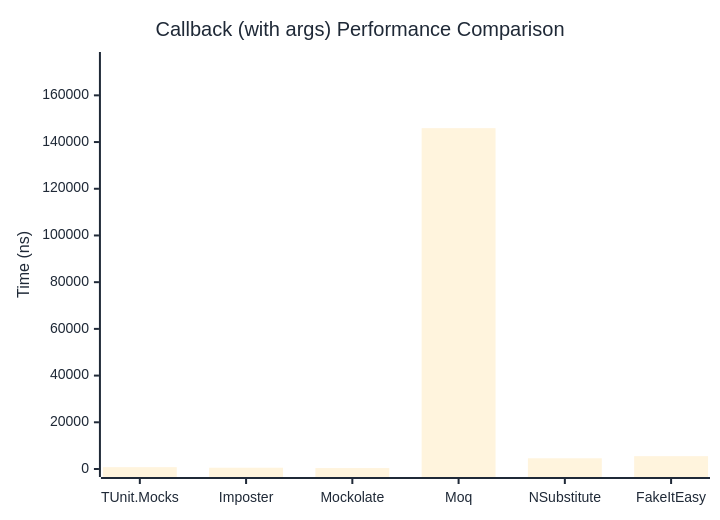
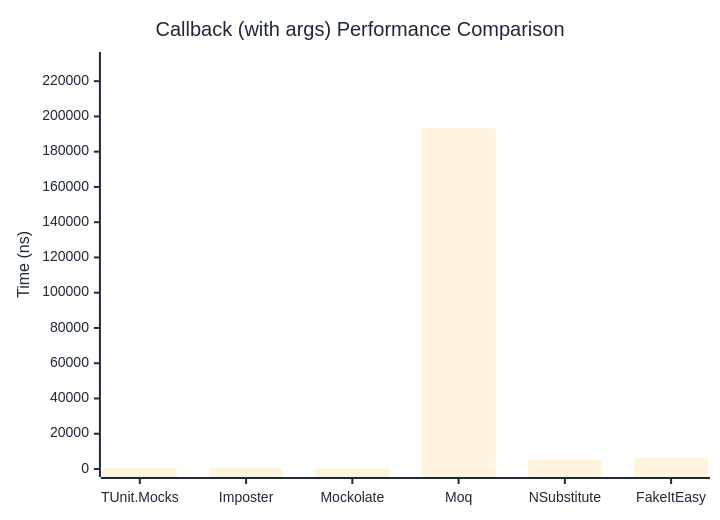
Before and after one commit to thomhurst/TUnit: the second of 2 diagrams in docs/docs/benchmarks/mocks/Callback.md, drawn with Mermaid. The commit also changed other lines of this file and 14 other files, not shown here.

````diff
--- a/docs/docs/benchmarks/mocks/Callback.md
+++ b/docs/docs/benchmarks/mocks/Callback.md
@@ -71,27 +71,27 @@
 ```mermaid
 %%{init: {
   'theme':'base',
   'themeVariables': {
     'primaryColor': '#2563eb',
     'primaryTextColor': '#1f2937',
     'primaryBorderColor': '#1e40af',
     'lineColor': '#6b7280',
     'secondaryColor': '#7c3aed',
     'tertiaryColor': '#dc2626',
     'background': '#ffffff',
     'pie1': '#2563eb',
     'pie2': '#7c3aed',
     'pie3': '#dc2626',
     'pie4': '#f59e0b',
     'pie5': '#10b981',
     'pie6': '#06b6d4',
     'pie7': '#ec4899',
     'pie8': '#6366f1'
   }
 }}%%
 xychart-beta
   title "Callback (with args) Performance Comparison"
   x-axis ["TUnit.Mocks", "Imposter", "Mockolate", "Moq", "NSubstitute", "FakeItEasy"]
-  y-axis "Time (ns)" 0 --> 175135
-  bar [790.1, 541.9, 399.1, 145945.6, 4590.9, 5495.5]
+  y-axis "Time (ns)" 0 --> 231996
+  bar [847.6, 543.8, 411.8, 193329.5, 5305.6, 6500.5]
 ```
````
